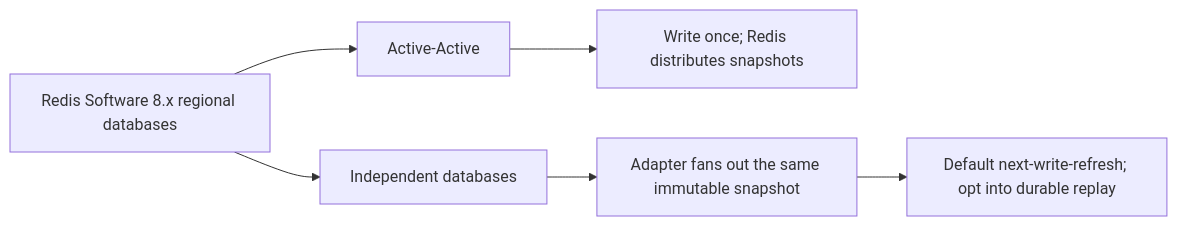
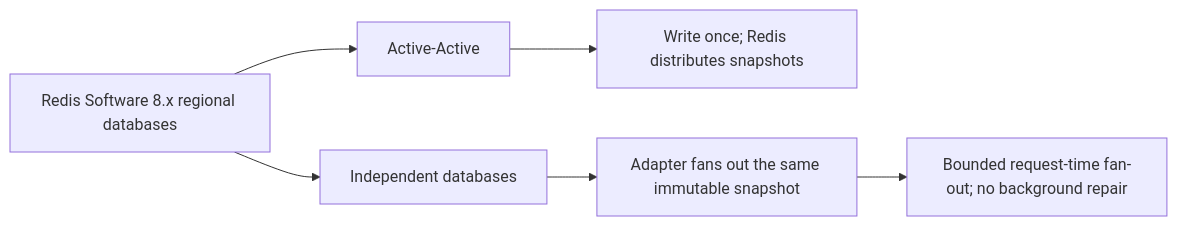
One commit to alberttwong/redis-multi-region-adapter changed the first of 2 diagrams in backends.md. Above: the diagram before and after it, drawn with Mermaid. The commit also changed other lines of this file and 13 other files, not shown here.

````diff
--- a/backends.md
+++ b/backends.md
@@ -13,8 +13,8 @@
 ```mermaid
 flowchart LR
     Redis["Redis Software 8.x regional databases"] --> AA["Active-Active"]
     Redis --> Independent["Independent databases"]
     AA --> Native["Write once; Redis distributes snapshots"]
     Independent --> Fanout["Adapter fans out the same immutable snapshot"]
-    Fanout --> Recovery["Default next-write-refresh; opt into durable replay"]
+    Fanout --> Recovery["Bounded request-time fan-out; no background repair"]
 ```
````
